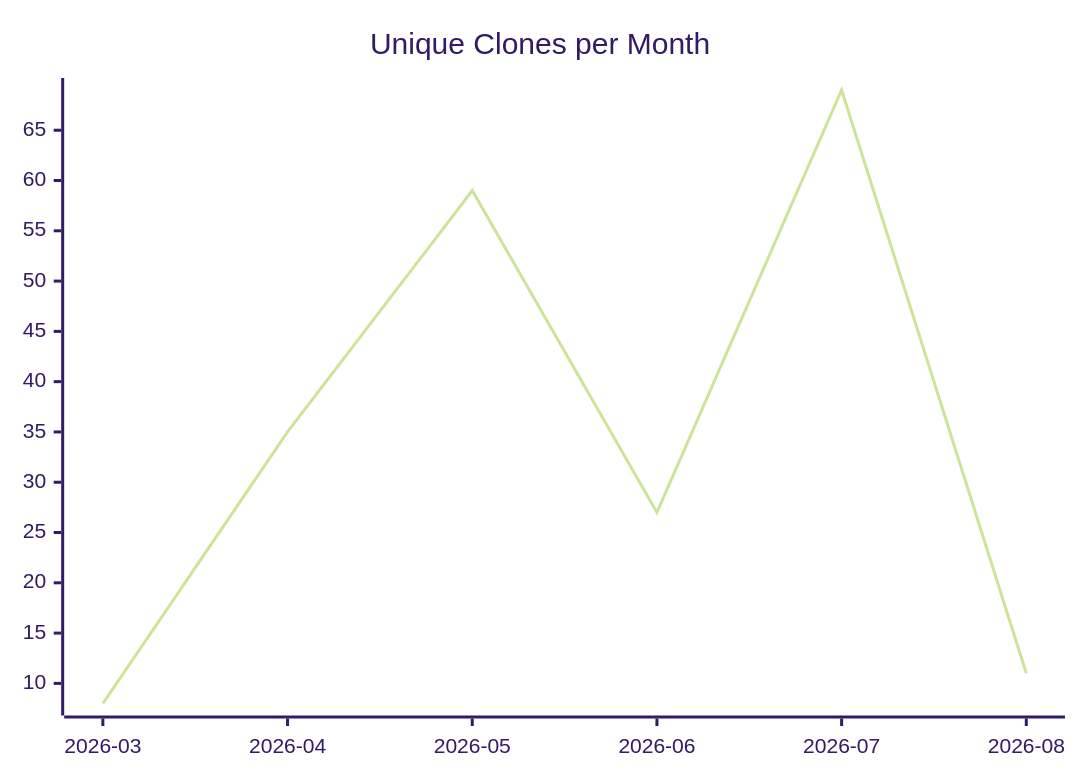
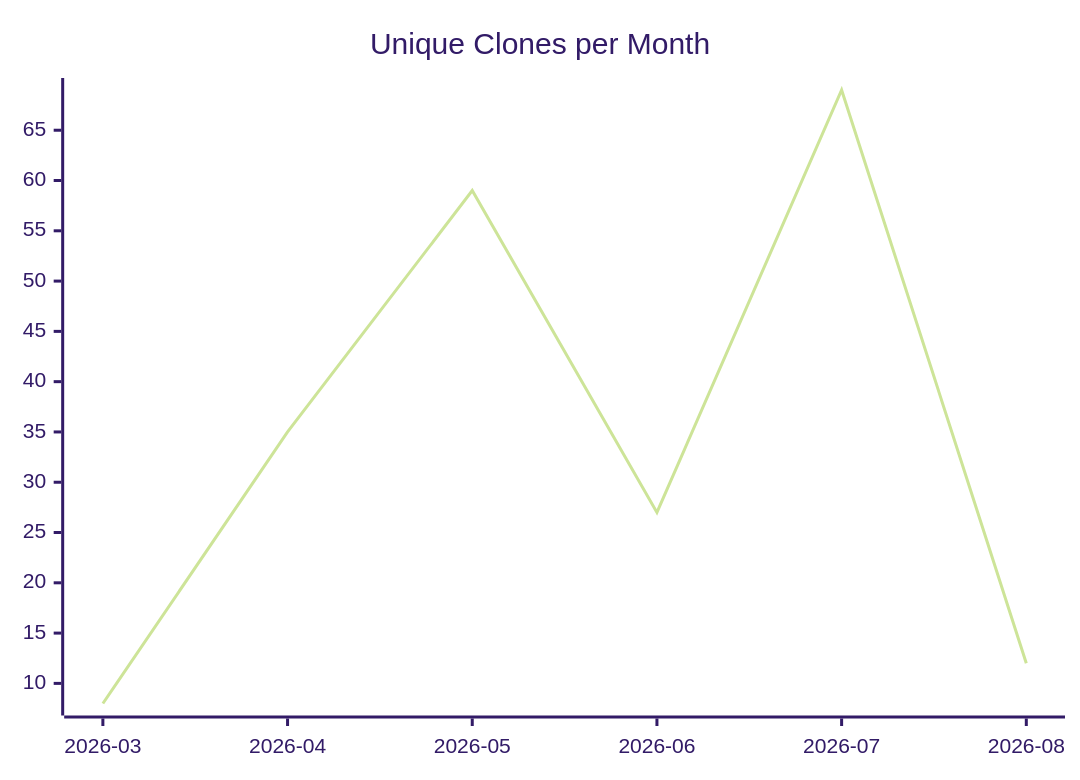
The third of 3 diagrams in karlmdavis/fhir-benchmarks/README.md (justdavis-family/github-analytics-data), drawn with Mermaid (forest theme) before and after one commit. The commit also changed other lines of this file and 174 other files, not shown here.

````diff
--- a/karlmdavis/fhir-benchmarks/README.md
+++ b/karlmdavis/fhir-benchmarks/README.md
@@ -19,6 +19,6 @@
 ```mermaid
 xychart-beta
   title "Unique Clones per Month"
   x-axis ["2026-03", "2026-04", "2026-05", "2026-06", "2026-07", "2026-08"]
-  line [8, 35, 59, 27, 69, 11]
+  line [8, 35, 59, 27, 69, 12]
 ```
````
